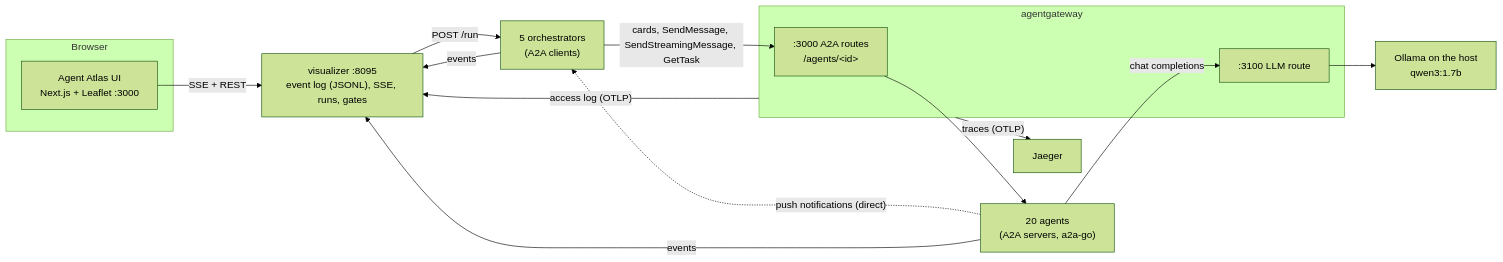
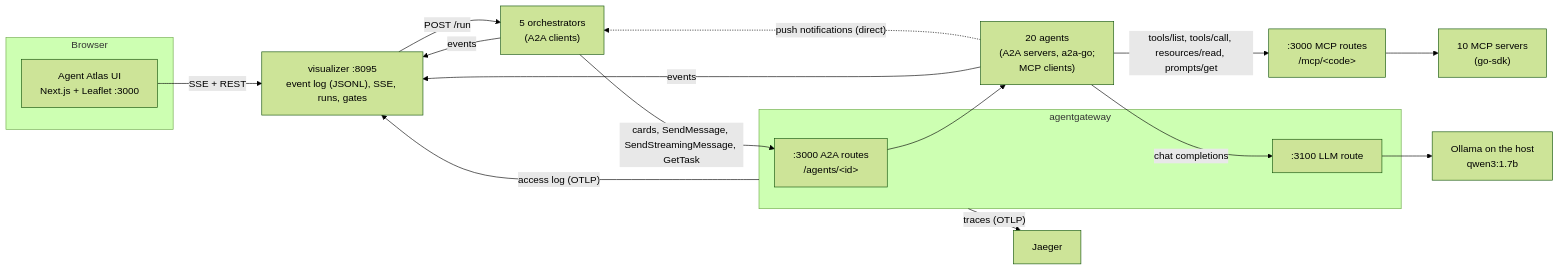
One commit to tranmh/agent-atlas changed the diagram in README.md. Above: the diagram before and after it, drawn with Mermaid (forest theme). The commit also changed other lines of this file and 18 other files, not shown here.

First line of the commit message:
M14: MCP e2e (routes, multiplexing, refused write tool, progress, MCP in runs; UI hexagons and filters), MCP screenshots, re-recorded sample, docs

````diff
--- a/README.md
+++ b/README.md
@@ -82,24 +97,26 @@
 ```mermaid
 flowchart LR
   subgraph Browser
     UI["Agent Atlas UI<br/>Next.js + Leaflet :3000"]
   end
   VIZ["visualizer :8095<br/>event log (JSONL), SSE, runs, gates"]
   subgraph GW["agentgateway"]
     A2A[":3000 A2A routes<br/>/agents/&lt;id&gt;"]
     LLMR[":3100 LLM route"]
   end
   ORCH["5 orchestrators<br/>(A2A clients)"]
-  AG["20 agents<br/>(A2A servers, a2a-go)"]
+  AG["20 agents<br/>(A2A servers, a2a-go;<br/>MCP clients)"]
+  MCPS["10 MCP servers<br/>(go-sdk)"]
   OLL["Ollama on the host<br/>qwen3:1.7b"]
   J["Jaeger"]
   UI -- "SSE + REST" --> VIZ
   VIZ -- "POST /run" --> ORCH
   ORCH -- "cards, SendMessage, SendStreamingMessage, GetTask" --> A2A --> AG
+  AG -- "tools/list, tools/call, resources/read, prompts/get" --> MCPR[":3000 MCP routes<br/>/mcp/&lt;code&gt;"] --> MCPS
   AG -. "push notifications (direct)" .-> ORCH
   AG -- "chat completions" --> LLMR --> OLL
   ORCH -- "events" --> VIZ
   AG -- "events" --> VIZ
   GW -- "access log (OTLP)" --> VIZ
   GW -- "traces (OTLP)" --> J
 ```
````
